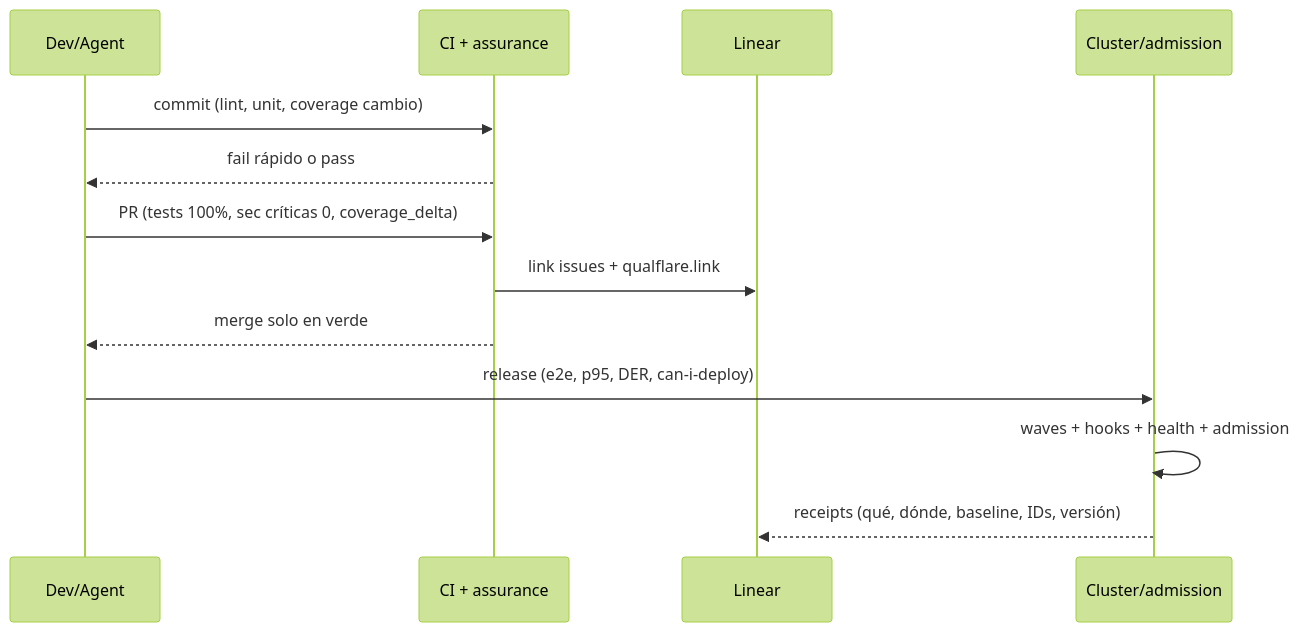
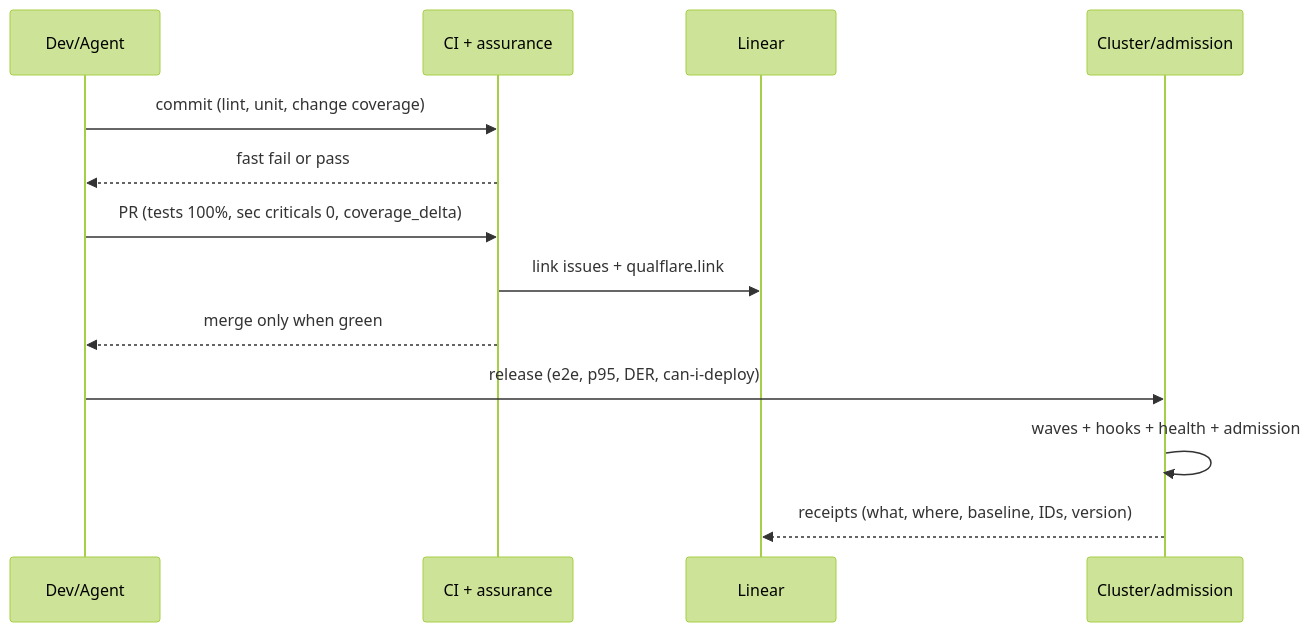
The diagram in toolkits/assurance-toolkit/references/governance/protocol.md (chimeranext/better-toolkits), drawn with Mermaid (forest theme) before and after one commit. The commit also changed other lines of this file and 26 other files, not shown here.

````diff
--- a/toolkits/assurance-toolkit/references/governance/protocol.md
+++ b/toolkits/assurance-toolkit/references/governance/protocol.md
@@ -91,15 +91,15 @@
 ```mermaid
 sequenceDiagram
     participant Dev as Dev/Agent
     participant CI as CI + assurance
     participant Lin as Linear
     participant K8s as Cluster/admission
-    Dev->>CI: commit (lint, unit, coverage cambio)
-    CI-->>Dev: fail rápido o pass
-    Dev->>CI: PR (tests 100%, sec críticas 0, coverage_delta)
+    Dev->>CI: commit (lint, unit, change coverage)
+    CI-->>Dev: fast fail or pass
+    Dev->>CI: PR (tests 100%, sec criticals 0, coverage_delta)
     CI->>Lin: link issues + qualflare.link
-    CI-->>Dev: merge solo en verde
+    CI-->>Dev: merge only when green
     Dev->>K8s: release (e2e, p95, DER, can-i-deploy)
     K8s->>K8s: waves + hooks + health + admission
-    K8s-->>Lin: receipts (qué, dónde, baseline, IDs, versión)
+    K8s-->>Lin: receipts (what, where, baseline, IDs, version)
 ```
````
